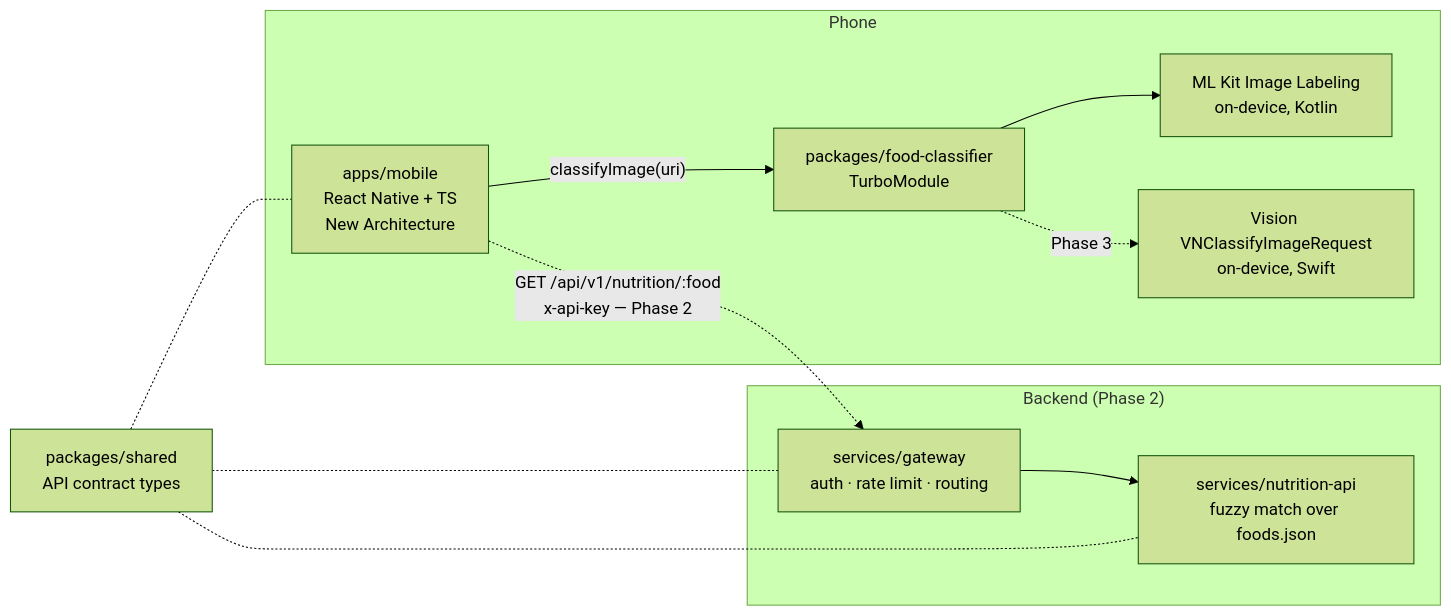
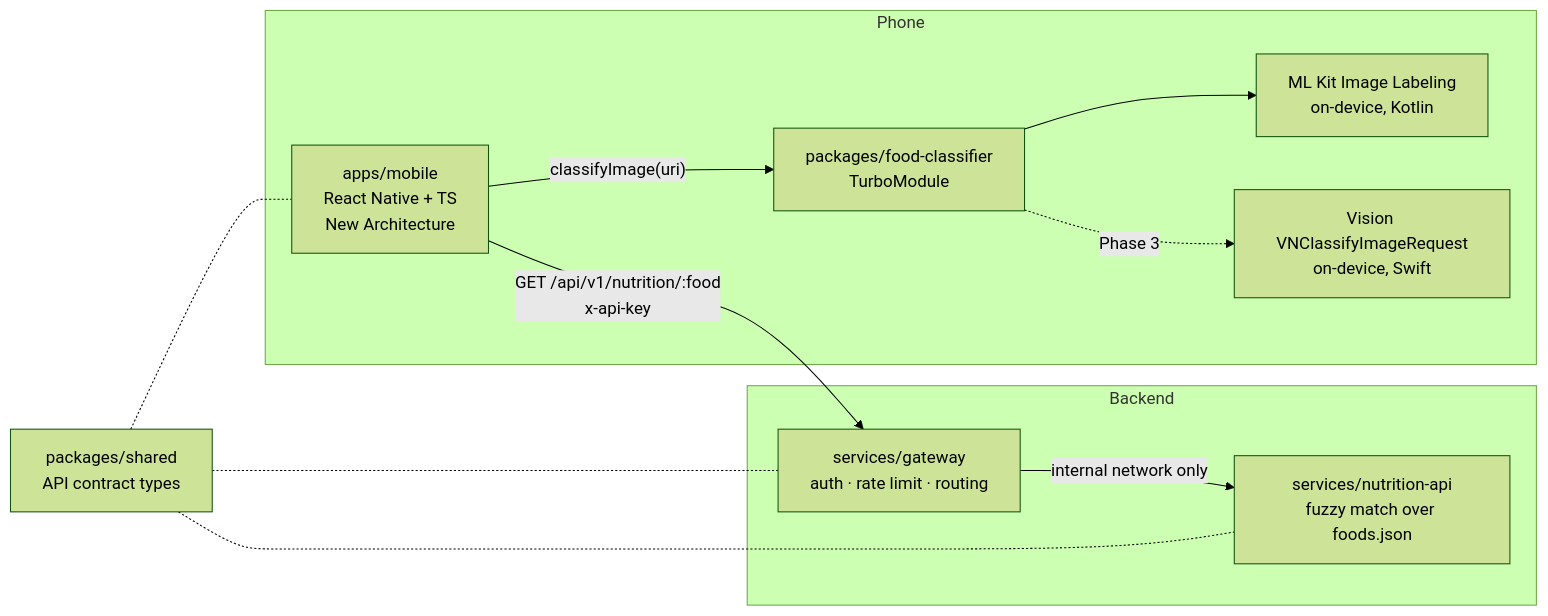
Before and after one commit to askarpenko7/foodsnap: the diagram in README.md, drawn with Mermaid (forest theme). The commit also changed other lines of this file and 2 other files, not shown here.

First line of the commit message:
docs: P2.14 README + tracker and MEMORY.md updated for Phase 2

````diff
--- a/README.md
+++ b/README.md
@@ -21,23 +21,23 @@
 ```mermaid
 flowchart LR
     subgraph device["Phone"]
         app["apps/mobile<br/>React Native + TS<br/>New Architecture"]
         tm["packages/food-classifier<br/>TurboModule"]
         mlkit["ML Kit Image Labeling<br/>on-device, Kotlin"]
         vision["Vision VNClassifyImageRequest<br/>on-device, Swift"]
         app -->|"classifyImage(uri)"| tm
         tm --> mlkit
         tm -.->|"Phase 3"| vision
     end
 
-    subgraph backend["Backend (Phase 2)"]
+    subgraph backend["Backend"]
         gw["services/gateway<br/>auth · rate limit · routing"]
         api["services/nutrition-api<br/>fuzzy match over foods.json"]
-        gw --> api
+        gw -->|"internal network only"| api
     end
 
-    app -.->|"GET /api/v1/nutrition/:food<br/>x-api-key — Phase 2"| gw
+    app -->|"GET /api/v1/nutrition/:food<br/>x-api-key"| gw
     shared["packages/shared<br/>API contract types"] -.- app
     shared -.- gw
     shared -.- api
 ```
````
